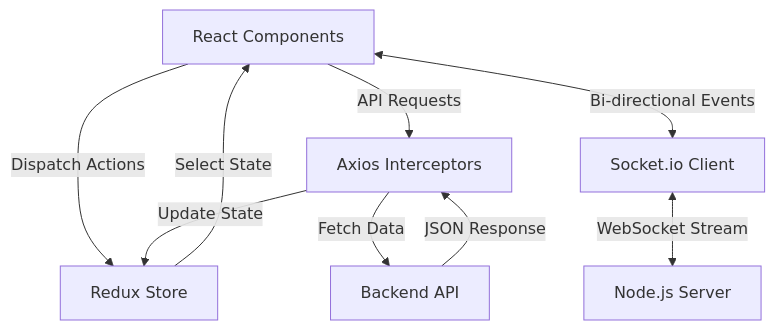
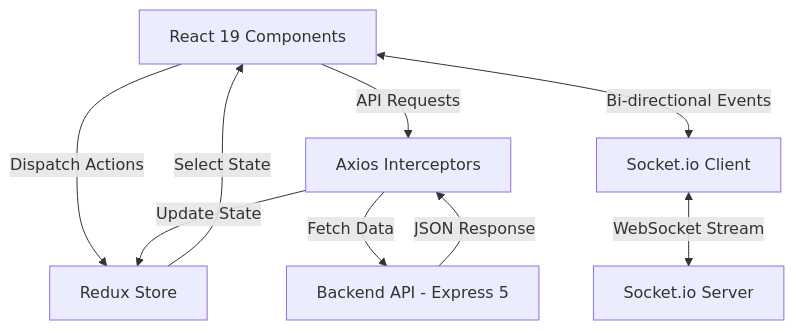
One commit to ani1911/SkillSync-frontend changed the diagram in README.md. Above: the diagram before and after it, drawn with Mermaid. The commit also changed other lines of this file, not shown here.

Commit message:
docs: update frontend README with comprehensive feature and architecture details

````diff
--- a/README.md
+++ b/README.md
@@ -20,13 +39,13 @@
 ```mermaid
 graph TD
-    UI[React Components] -->|Dispatch Actions| Redux[Redux Store]
+    UI[React 19 Components] -->|Dispatch Actions| Redux[Redux Store]
     Redux -->|Select State| UI
     
     UI -->|API Requests| Axios[Axios Interceptors]
-    Axios -->|Fetch Data| Backend[Backend API]
+    Axios -->|Fetch Data| Backend[Backend API - Express 5]
     Backend -->|JSON Response| Axios
     Axios -->|Update State| Redux
     
     UI <-->|Bi-directional Events| Socket[Socket.io Client]
-    Socket <-->|WebSocket Stream| Node[Node.js Server]
+    Socket <-->|WebSocket Stream| Node[Socket.io Server]
 ```
````
